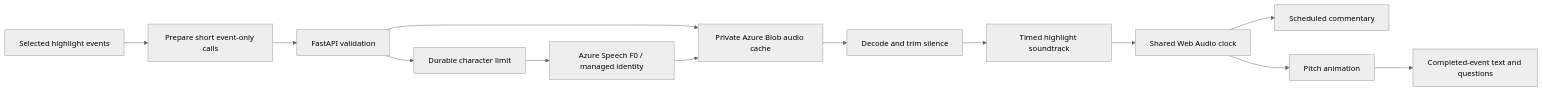
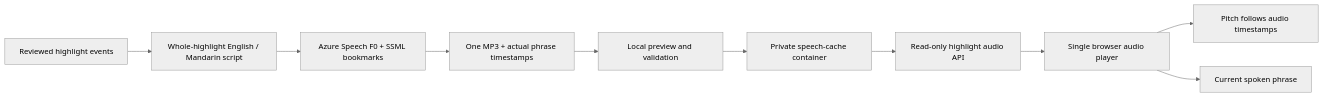
Before and after one commit to Haydnlee31/CounterPress: the diagram in docs/live-companion.md, drawn with Mermaid (neutral theme). The commit also changed other lines of this file and 13 other files, not shown here.

Commit message:
Replace isolated voice calls with continuous bookmarked highlight narration (#47)

````diff
--- a/docs/live-companion.md
+++ b/docs/live-companion.md
@@ -40,15 +34,12 @@
 ```mermaid
 flowchart LR
-  Events[Selected highlight events] --> Prepare[Prepare short event-only calls]
-  Prepare --> API[FastAPI validation]
-  API --> Cache[Private Azure Blob audio cache]
-  API --> Budget[Durable character limit]
-  Budget --> Speech[Azure Speech F0 / managed identity]
-  Speech --> Cache
-  Cache --> Decode[Decode and trim silence]
-  Decode --> Plan[Timed highlight soundtrack]
-  Plan --> Clock[Shared Web Audio clock]
-  Clock --> Audio[Scheduled commentary]
-  Clock --> Pitch[Pitch animation]
-  Pitch --> Evidence[Completed-event text and questions]
+  Events[Reviewed highlight events] --> Script[Whole-highlight English / Mandarin script]
+  Script --> Azure[Azure Speech F0 + SSML bookmarks]
+  Azure --> Bundle[One MP3 + actual phrase timestamps]
+  Bundle --> Review[Local preview and validation]
+  Review --> Blob[Private speech-cache container]
+  Blob --> API[Read-only highlight audio API]
+  API --> Player[Single browser audio player]
+  Player --> Pitch[Pitch follows audio timestamps]
+  Player --> Captions[Current spoken phrase]
 ```
````
